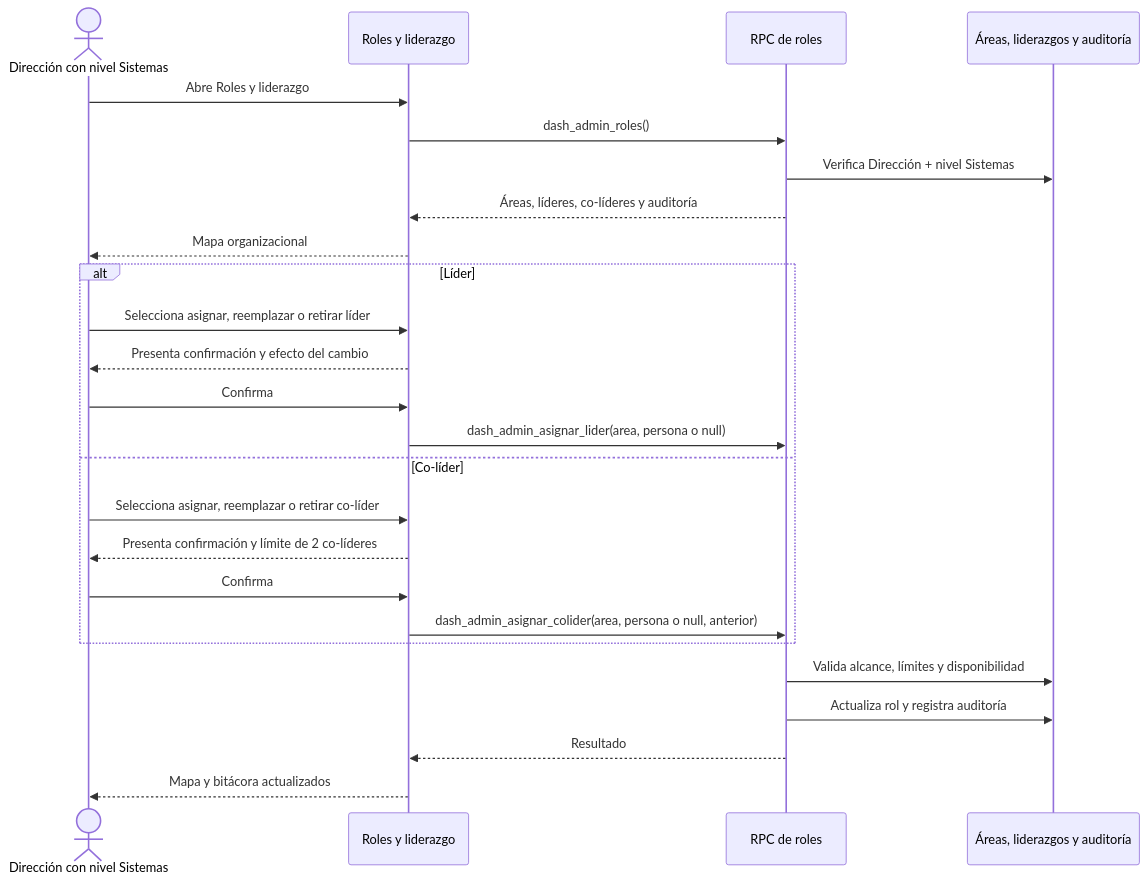
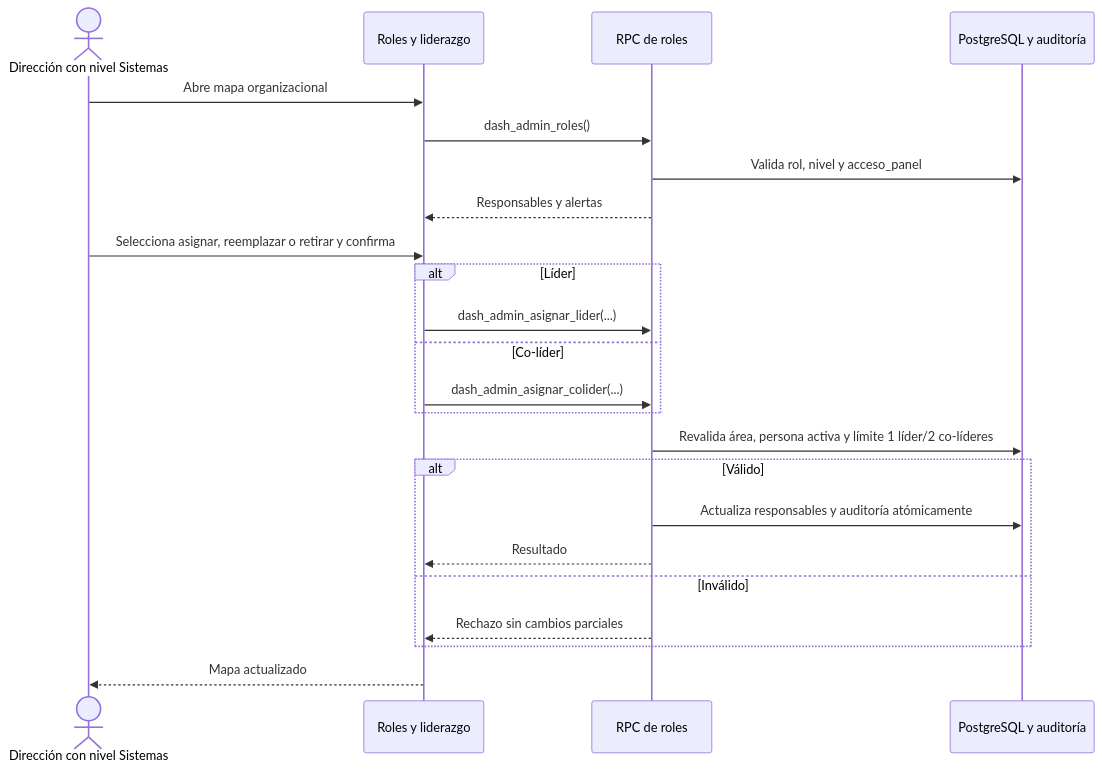
One commit to kjabienestar-ux/KJA changed diagram 11 of 22 in docs/20-diagramas-secuencia-administracion.md. Above: the diagram before and after it, drawn with Mermaid. The commit also changed other lines of this file and 4 other files, not shown here.

````diff
--- a/docs/20-diagramas-secuencia-administracion.md
+++ b/docs/20-diagramas-secuencia-administracion.md
@@ -332,29 +336,25 @@
 ```mermaid
 sequenceDiagram
-    actor Sys as Dirección con nivel Sistemas
-    participant Web as Roles y liderazgo
-    participant RPC as RPC de roles
-    participant DB as Áreas, liderazgos y auditoría
-
-    Sys->>Web: Abre Roles y liderazgo
-    Web->>RPC: dash_admin_roles()
-    RPC->>DB: Verifica Dirección + nivel Sistemas
-    RPC-->>Web: Áreas, líderes, co-líderes y auditoría
-    Web-->>Sys: Mapa organizacional
-
+    actor U as Dirección con nivel Sistemas
+    participant W as Roles y liderazgo
+    participant R as RPC de roles
+    participant B as PostgreSQL y auditoría
+    U->>W: Abre mapa organizacional
+    W->>R: dash_admin_roles()
+    R->>B: Valida rol, nivel y acceso_panel
+    R-->>W: Responsables y alertas
+    U->>W: Selecciona asignar, reemplazar o retirar y confirma
     alt Líder
-        Sys->>Web: Selecciona asignar, reemplazar o retirar líder
-        Web-->>Sys: Presenta confirmación y efecto del cambio
-        Sys->>Web: Confirma
-        Web->>RPC: dash_admin_asignar_lider(area, persona o null)
+    W->>R: dash_admin_asignar_lider(...)
     else Co-líder
-        Sys->>Web: Selecciona asignar, reemplazar o retirar co-líder
-        Web-->>Sys: Presenta confirmación y límite de 2 co-líderes
-        Sys->>Web: Confirma
-        Web->>RPC: dash_admin_asignar_colider(area, persona o null, anterior)
+    W->>R: dash_admin_asignar_colider(...)
     end
-    RPC->>DB: Valida alcance, límites y disponibilidad
-    RPC->>DB: Actualiza rol y registra auditoría
-    RPC-->>Web: Resultado
-    Web-->>Sys: Mapa y bitácora actualizados
+    R->>B: Revalida área, persona activa y límite 1 líder/2 co-líderes
+    alt Válido
+    R->>B: Actualiza responsables y auditoría atómicamente
+    R-->>W: Resultado
+    else Inválido
+    R-->>W: Rechazo sin cambios parciales
+    end
+    W-->>U: Mapa actualizado
 ```
````
